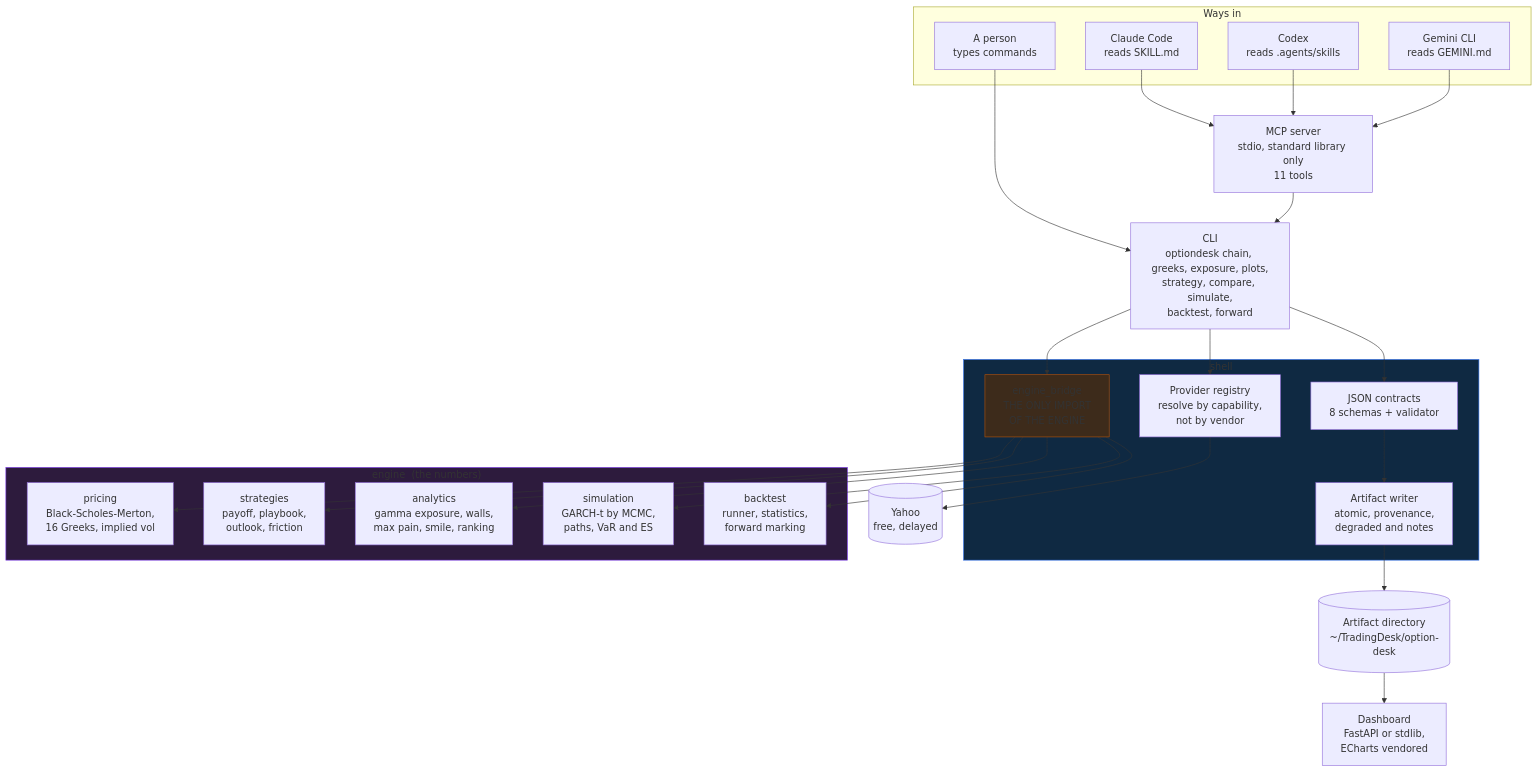
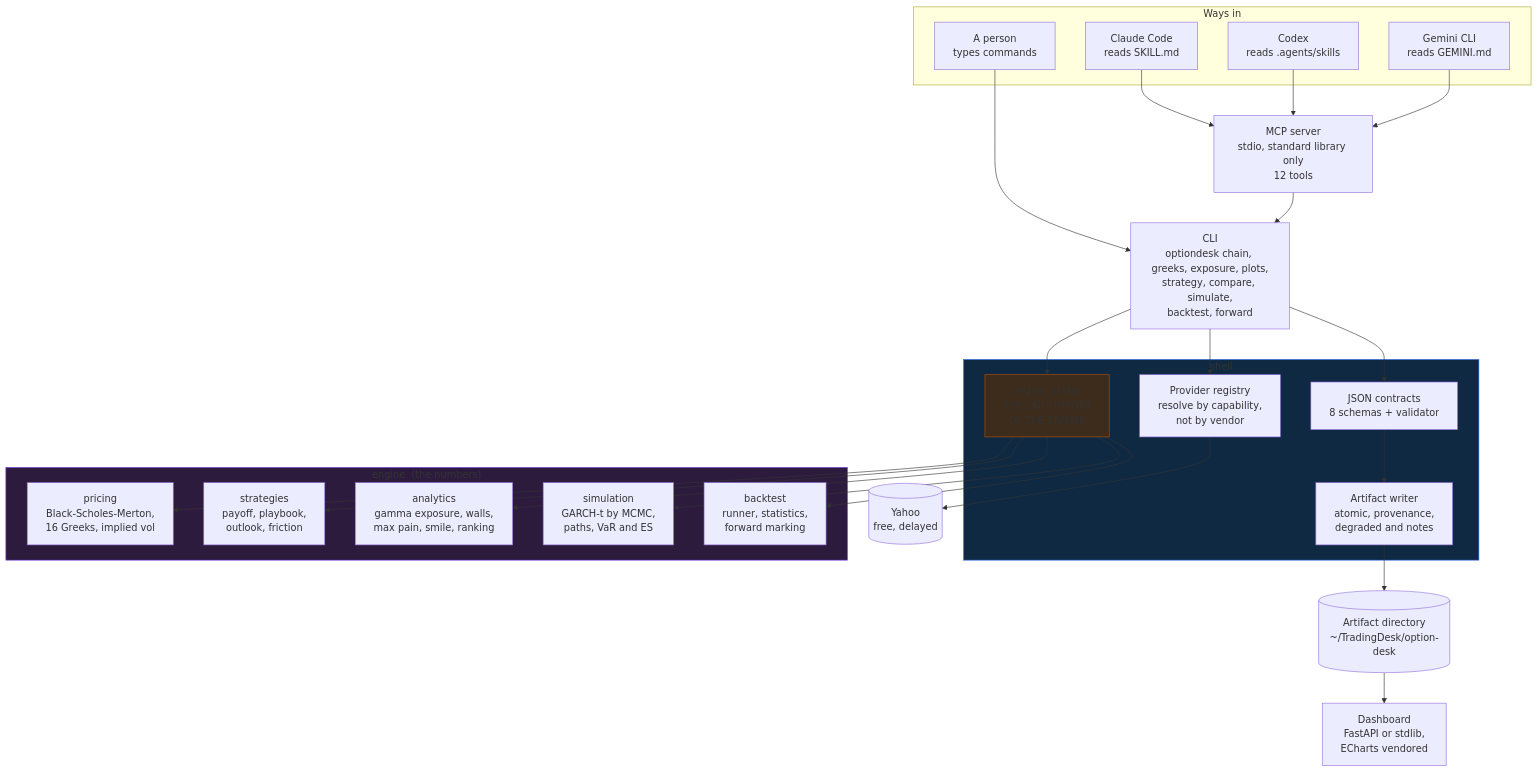
One commit to Iman/agent-driven-options-desk-and-skills changed the first of 7 diagrams in README.md. Above: the diagram before and after it, drawn with Mermaid. The commit also changed other lines of this file and 50 other files, not shown here.

````diff
--- a/README.md
+++ b/README.md
@@ -291,53 +327,53 @@
 ```mermaid
 flowchart TB
     subgraph clients["Ways in"]
         claude["Claude Code<br/>reads SKILL.md"]
         codex["Codex<br/>reads .agents/skills"]
         gemini["Gemini CLI<br/>reads GEMINI.md"]
         human["A person<br/>types commands"]
     end
 
-    mcp["MCP server<br/>stdio, standard library only<br/>11 tools"]
+    mcp["MCP server<br/>stdio, standard library only<br/>12 tools"]
     cli["CLI<br/>optiondesk chain, greeks, exposure, plots,<br/>strategy, compare, simulate,<br/>backtest, forward"]
 
     subgraph shell["shell"]
         providers["Provider registry<br/>resolve by capability,<br/>not by vendor"]
         contracts["JSON contracts<br/>8 schemas + validator"]
         artifacts["Artifact writer<br/>atomic, provenance,<br/>degraded and notes"]
         bridge["engine_bridge<br/>THE ONLY IMPORT<br/>OF THE ENGINE"]
     end
 
     subgraph engine["engine &nbsp;(the numbers)"]
         pricing["pricing<br/>Black-Scholes-Merton,<br/>16 Greeks, implied vol"]
         strategies["strategies<br/>payoff, playbook,<br/>outlook, friction"]
         analytics["analytics<br/>gamma exposure, walls,<br/>max pain, smile, ranking"]
         simulation["simulation<br/>GARCH-t by MCMC,<br/>paths, VaR and ES"]
         backtest["backtest<br/>runner, statistics,<br/>forward marking"]
     end
 
     yahoo[("Yahoo<br/>free, delayed")]
     disk[("Artifact directory<br/>~/TradingDesk/option-desk")]
     dash["Dashboard<br/>FastAPI or stdlib,<br/>ECharts vendored"]
 
     claude --> mcp
     codex --> mcp
     gemini --> mcp
     human --> cli
     mcp --> cli
     cli --> providers
     cli --> bridge
     providers --> yahoo
     bridge --> pricing
     bridge --> strategies
     bridge --> analytics
     bridge --> simulation
     bridge --> backtest
     cli --> contracts
     contracts --> artifacts
     artifacts --> disk
     disk --> dash
 
     style engine fill:#2d1b3d,stroke:#7c3aed
     style shell fill:#0f2942,stroke:#2f6feb
     style bridge fill:#3d2b1b,stroke:#b45309
 ```
````
